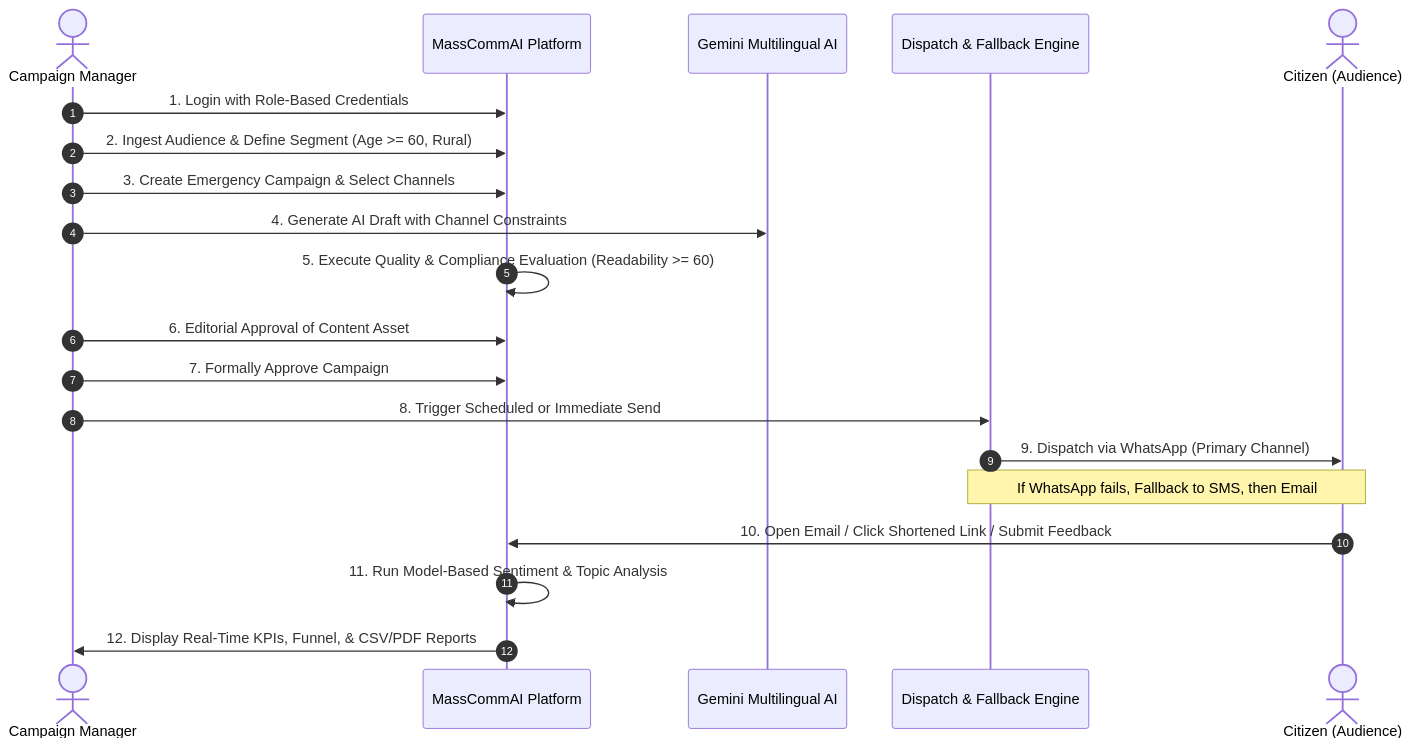
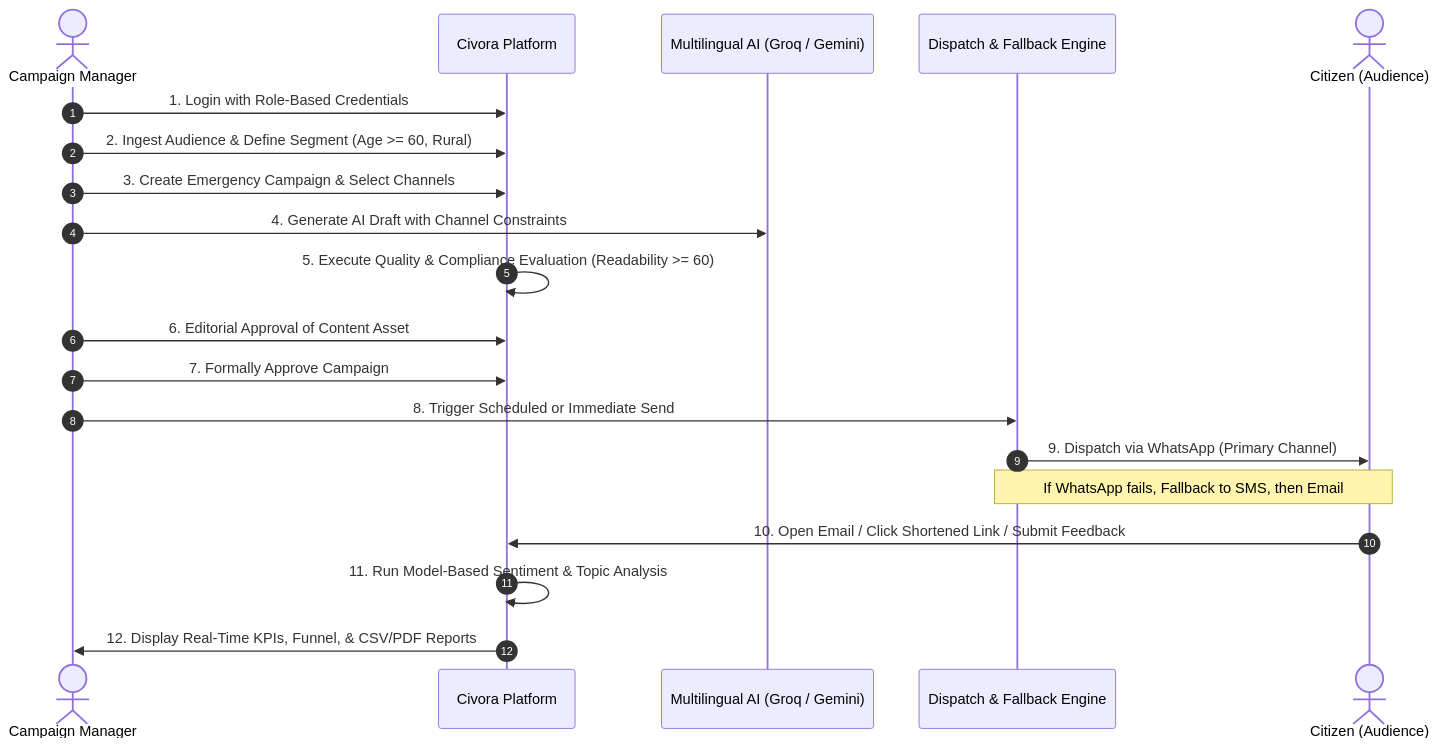
The third of 4 diagrams in docs/FINAL_PRESENTATION_MATERIAL.md (Hariprasath1x/AI-powered-multilingual-communication-platform), drawn with Mermaid before and after one commit. The commit also changed other lines of this file and 7 other files, not shown here.

````diff
--- a/docs/FINAL_PRESENTATION_MATERIAL.md
+++ b/docs/FINAL_PRESENTATION_MATERIAL.md
@@ -147,23 +150,23 @@
 ```mermaid
 sequenceDiagram
     autonumber
     actor Admin as Campaign Manager
-    participant App as MassCommAI Platform
-    participant AI as Gemini Multilingual AI
+    participant App as Civora Platform
+    participant AI as Multilingual AI (Groq / Gemini)
     participant Engine as Dispatch & Fallback Engine
     actor Citizen as Citizen (Audience)
 
     Admin->>App: 1. Login with Role-Based Credentials
     Admin->>App: 2. Ingest Audience & Define Segment (Age >= 60, Rural)
     Admin->>App: 3. Create Emergency Campaign & Select Channels
     Admin->>AI: 4. Generate AI Draft with Channel Constraints
     App->>App: 5. Execute Quality & Compliance Evaluation (Readability >= 60)
     Admin->>App: 6. Editorial Approval of Content Asset
     Admin->>App: 7. Formally Approve Campaign
     Admin->>Engine: 8. Trigger Scheduled or Immediate Send
     Engine->>Citizen: 9. Dispatch via WhatsApp (Primary Channel)
     Note over Engine,Citizen: If WhatsApp fails, Fallback to SMS, then Email
     Citizen->>App: 10. Open Email / Click Shortened Link / Submit Feedback
     App->>App: 11. Run Model-Based Sentiment & Topic Analysis
     App->>Admin: 12. Display Real-Time KPIs, Funnel, & CSV/PDF Reports
 ```
````
